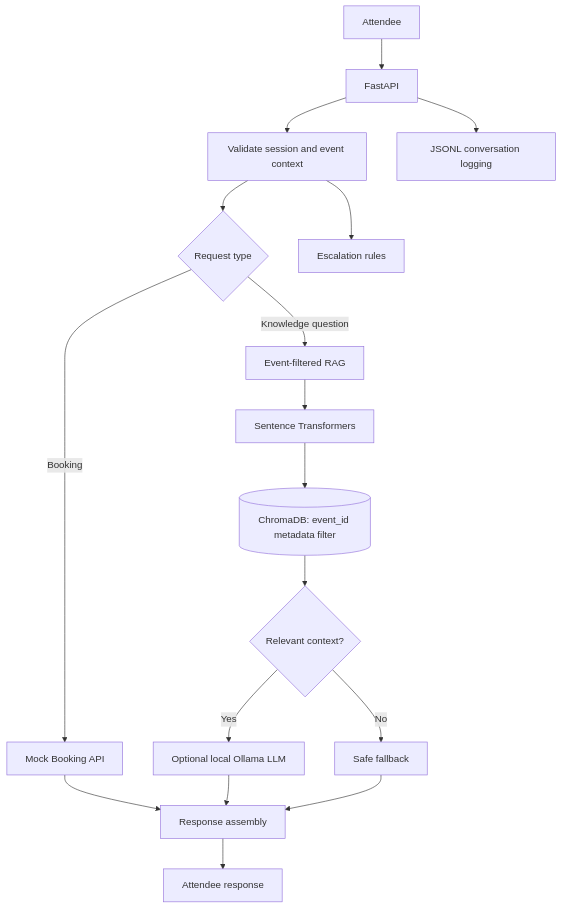
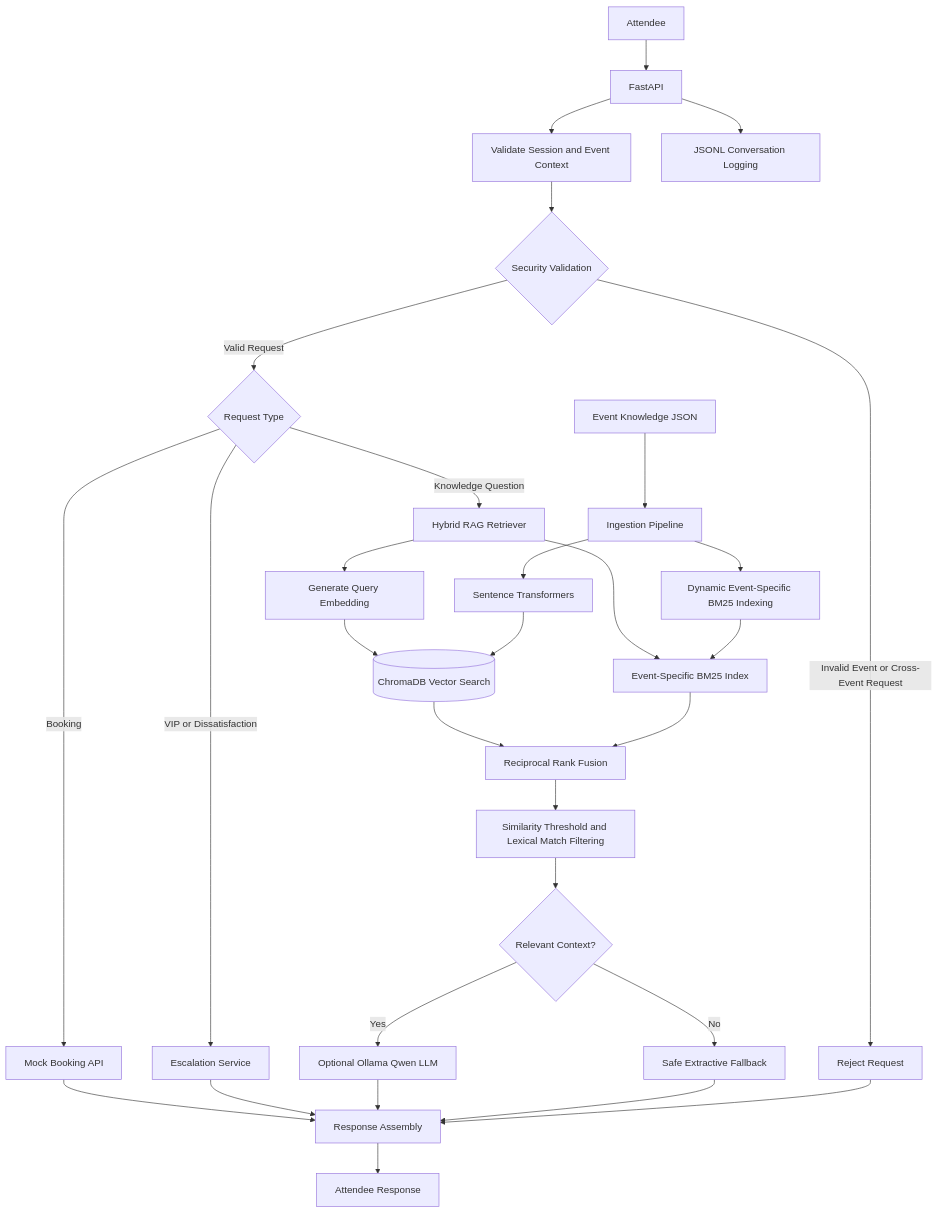
One commit to deepuknsl5/mci-events-hospitality-ai-assistant changed the diagram in architecture/architecture.mmd. Above: the diagram before and after it, drawn with Mermaid. The commit also changed 8 other files, not shown here.

Commit message:
Finalize hybrid RAG architecture and assignment deliverables

```diff
--- a/architecture/architecture.mmd
+++ b/architecture/architecture.mmd
@@ -1,17 +1,39 @@
+
 flowchart TD
     A[Attendee] --> B[FastAPI]
-    B --> C[Validate session and event context]
-    C --> D{Request type}
+    B --> C[Validate Session and Event Context]
+    C --> S{Security Validation}
+    S -->|Invalid Event or Cross-Event Request| X[Reject Request]
+    S -->|Valid Request| D{Request Type}
+
     D -->|Booking| E[Mock Booking API]
-    D -->|Knowledge question| F[Event-filtered RAG]
-    F --> G[Sentence Transformers]
-    G --> H[(ChromaDB: event_id metadata filter)]
-    H --> I{Relevant context?}
-    I -->|Yes| J[Optional local Ollama LLM]
-    I -->|No| K[Safe fallback]
-    E --> L[Response assembly]
-    J --> L
-    K --> L
-    C --> M[Escalation rules]
-    L --> N[Attendee response]
-    B --> O[JSONL conversation logging]
+    D -->|Knowledge Question| F[Hybrid RAG Retriever]
+    D -->|VIP or Dissatisfaction| G[Escalation Service]
+
+    F --> H[Generate Query Embedding]
+    H --> I[(ChromaDB Vector Search)]
+    F --> J[Event-Specific BM25 Index]
+    
+    I --> K[Reciprocal Rank Fusion]
+    J --> K
+
+    K --> L[Similarity Threshold and Lexical Match Filtering]
+    L --> M{Relevant Context?}
+
+    M -->|Yes| N[Optional Ollama Qwen LLM]
+    M -->|No| O[Safe Extractive Fallback]
+
+    E --> P[Response Assembly]
+    G --> P
+    N --> P
+    O --> P
+    X --> P
+
+    P --> Q[Attendee Response]
+    B --> R[JSONL Conversation Logging]
+
+    T[Event Knowledge JSON] --> U[Ingestion Pipeline]
+    U --> V[Sentence Transformers]
+    V --> I
+    U --> W[Dynamic Event-Specific BM25 Indexing]
+    W --> J
```
